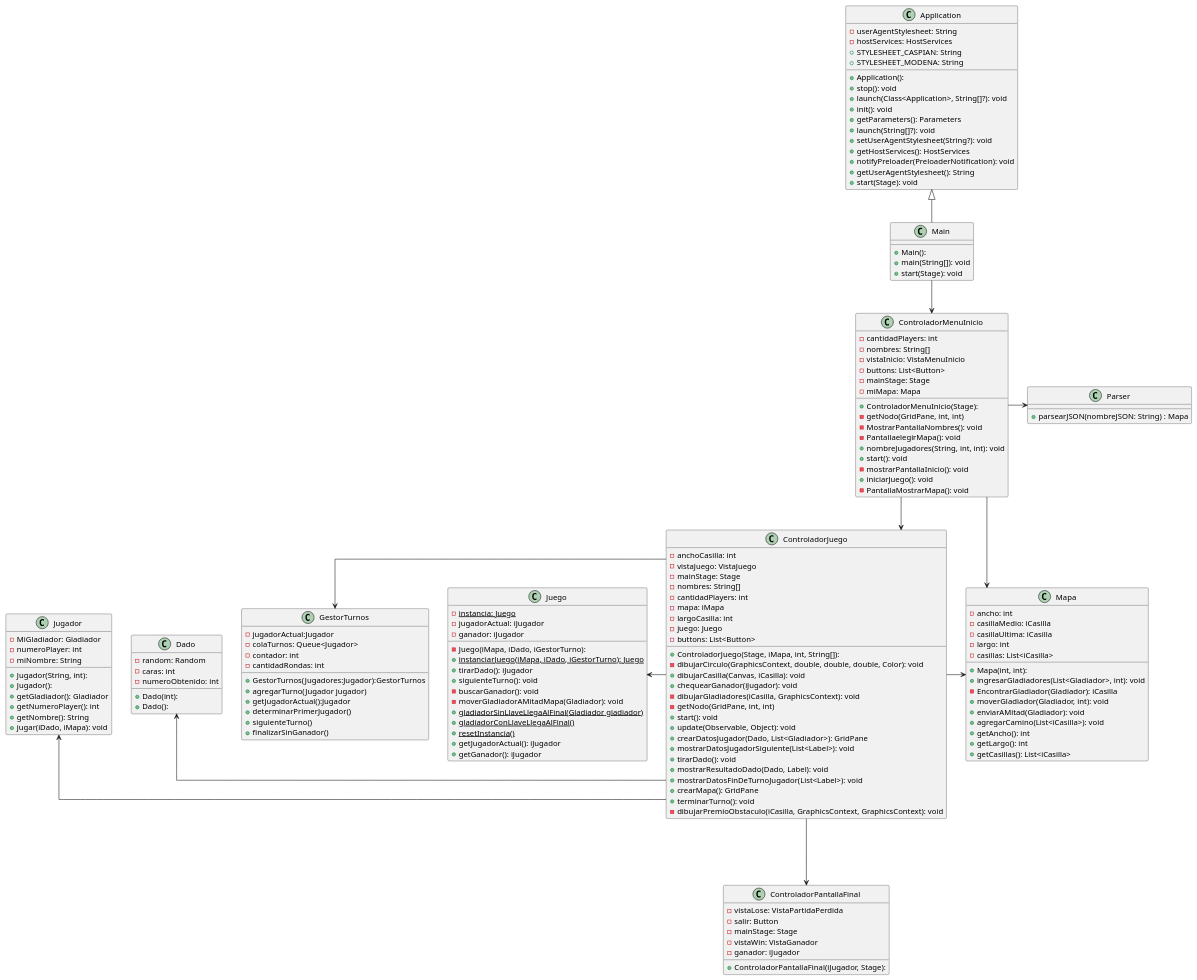
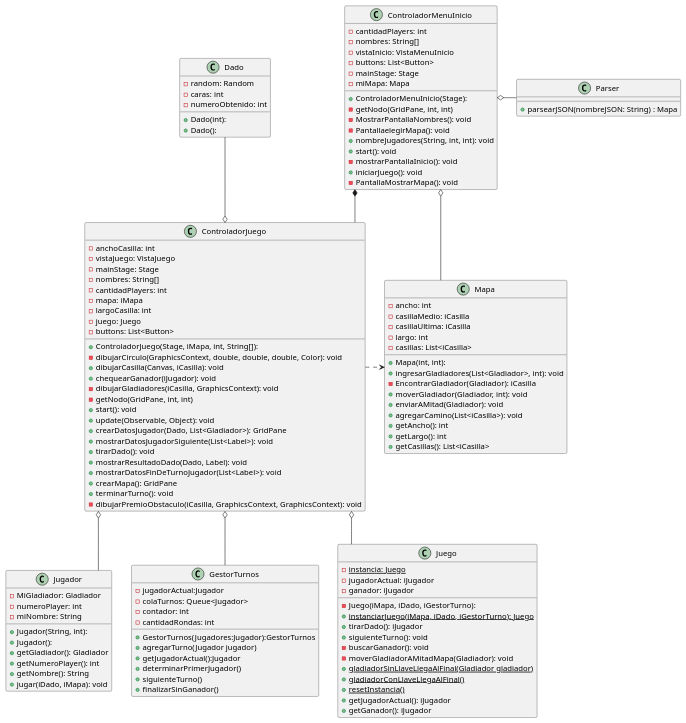
Before and after one commit to mcumskov/Algo3_tp2: the diagram in diagrams/clases/diagramaControladoresYModelo.puml, drawn with PlantUML. The commit also changed 7 other files, not shown here.

Commit message:
refactor jugador, edit a diagramas interfaz

```diff
--- a/diagrams/clases/diagramaControladoresYModelo.puml
+++ b/diagrams/clases/diagramaControladoresYModelo.puml
@@ -1,169 +1,133 @@
 @startuml
 skinparam linetype ortho
 
 
 class ControladorJuego {
   + ControladorJuego(Stage, iMapa, int, String[]):
   - anchoCasilla: int
   - vistaJuego: VistaJuego
   - mainStage: Stage
   - nombres: String[]
   - cantidadPlayers: int
   - mapa: iMapa
   - largoCasilla: int
   - juego: Juego
   - buttons: List<Button>
   - dibujarCirculo(GraphicsContext, double, double, double, Color): void
   + dibujarCasilla(Canvas, iCasilla): void
   + chequearGanador(iJugador): void
   - dibujarGladiadores(iCasilla, GraphicsContext): void
   - getNodo(GridPane, int, int)
   + start(): void
   + update(Observable, Object): void
   + crearDatosJugador(Dado, List<Gladiador>): GridPane
   + mostrarDatosJugadorSiguiente(List<Label>): void
   + tirarDado(): void
   + mostrarResultadoDado(Dado, Label): void
   + mostrarDatosFinDeTurnoJugador(List<Label>): void
   + crearMapa(): GridPane
   + terminarTurno(): void
   - dibujarPremioObstaculo(iCasilla, GraphicsContext, GraphicsContext): void
 }
 
 class ControladorMenuInicio {
   + ControladorMenuInicio(Stage):
   - cantidadPlayers: int
   - nombres: String[]
   - vistaInicio: VistaMenuInicio
   - buttons: List<Button>
   - mainStage: Stage
   - miMapa: Mapa
   - getNodo(GridPane, int, int)
   - MostrarPantallaNombres(): void
   - PantallaelegirMapa(): void
   + nombreJugadores(String, int, int): void
   + start(): void
   - mostrarPantallaInicio(): void
   + iniciarJuego(): void
   - PantallaMostrarMapa(): void
 }
 
-
-class Application {
-  + Application():
-  - userAgentStylesheet: String
-  - hostServices: HostServices
-  + STYLESHEET_CASPIAN: String
-  + STYLESHEET_MODENA: String
-  + stop(): void
-  + launch(Class<Application>, String[]?): void
-  + init(): void
-  + getParameters(): Parameters
-  + launch(String[]?): void
-  + setUserAgentStylesheet(String?): void
-  + getHostServices(): HostServices
-  + notifyPreloader(PreloaderNotification): void
-  + getUserAgentStylesheet(): String
-  + start(Stage): void
-}
-class Main {
-  + Main():
-  + main(String[]): void
-  + start(Stage): void
-}
-
-
-class ControladorPantallaFinal {
-  + ControladorPantallaFinal(iJugador, Stage):
-  - vistaLose: VistaPartidaPerdida
-  - salir: Button
-  - mainStage: Stage
-  - vistaWin: VistaGanador
-  - ganador: iJugador
-}
 
 class Parser {
     + parsearJSON(nombreJSON: String) : Mapa
 }
 
 class Mapa {
   + Mapa(int, int):
   - ancho: int
   - casillaMedio: iCasilla
   - casillaUltima: iCasilla
   - largo: int
   - casillas: List<iCasilla>
   + ingresarGladiadores(List<Gladiador>, int): void
   - EncontrarGladiador(Gladiador): iCasilla
   + moverGladiador(Gladiador, int): void
   + enviarAMitad(Gladiador): void
   + agregarCamino(List<iCasilla>): void
   + getAncho(): int
   + getLargo(): int
   + getCasillas(): List<iCasilla>
 }
 
 class Jugador {
   + Jugador(String, int):
   + Jugador():
   - MiGladiador: Gladiador
   - numeroPlayer: int
   - miNombre: String
   + getGladiador(): Gladiador
   + getNumeroPlayer(): int
   + getNombre(): String
   + jugar(iDado, iMapa): void
 }
 class Dado {
   + Dado(int):
   + Dado():
   - random: Random
   - caras: int
   - numeroObtenido: int
 }
 
 class GestorTurnos {
     - jugadorActual:Jugador
     - colaTurnos: Queue<Jugador>
     - contador: int
     - cantidadRondas: int
     + GestorTurnos(Jugadores:Jugador):GestorTurnos
     + agregarTurno(Jugador jugador)
     + getJugadorActual():Jugador
     + determinarPrimerJugador()
     +siguienteTurno()
     +finalizarSinGanador()
 
 }
 
 
 class Juego {
   - {static}instancia: Juego
   - Juego(iMapa, iDado, iGestorTurno):
   - jugadorActual: iJugador
   - ganador: iJugador
   + {static}instanciarJuego(iMapa, iDado, iGestorTurno): Juego
   + tirarDado(): iJugador
   + siguienteTurno(): void
   - buscarGanador(): void
   - moverGladiadorAMitadMapa(Gladiador): void
   + {static}gladiadorSinLlaveLlegaAlFinal(Gladiador gladiador)
   + {static} gladiadorConLlaveLlegaAlFinal()
   + {static} resetInstancia()
   + getJugadorActual(): iJugador
   + getGanador(): iJugador
 }
 
- Application <|-- Main
- Main --> ControladorMenuInicio
- ControladorMenuInicio --> ControladorJuego
- ControladorMenuInicio -> Mapa
- ControladorMenuInicio -> Parser
- ControladorJuego ---> ControladorPantallaFinal
- ControladorJuego -> Mapa
- Jugador <- ControladorJuego
- Dado <- ControladorJuego
- GestorTurnos <- ControladorJuego
- Juego <- ControladorJuego
+ ControladorMenuInicio *-- ControladorJuego
+ ControladorMenuInicio o- Mapa
+ ControladorMenuInicio o- Parser
+ ControladorJuego .> Mapa
+  ControladorJuego o-- Jugador
+  Dado --o ControladorJuego
+  ControladorJuego o-- GestorTurnos
+  ControladorJuego o-- Juego
 
 @enduml
```
